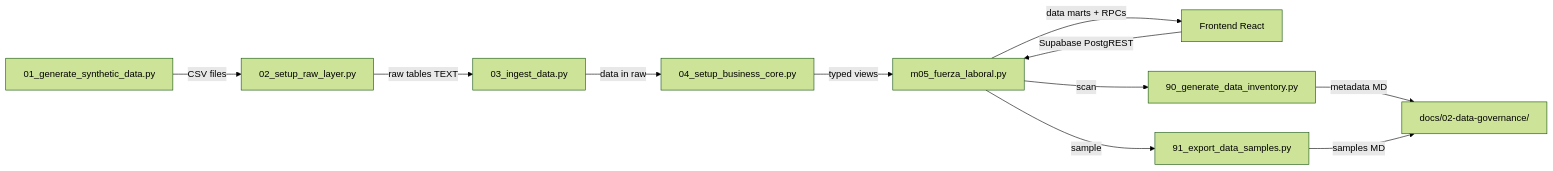
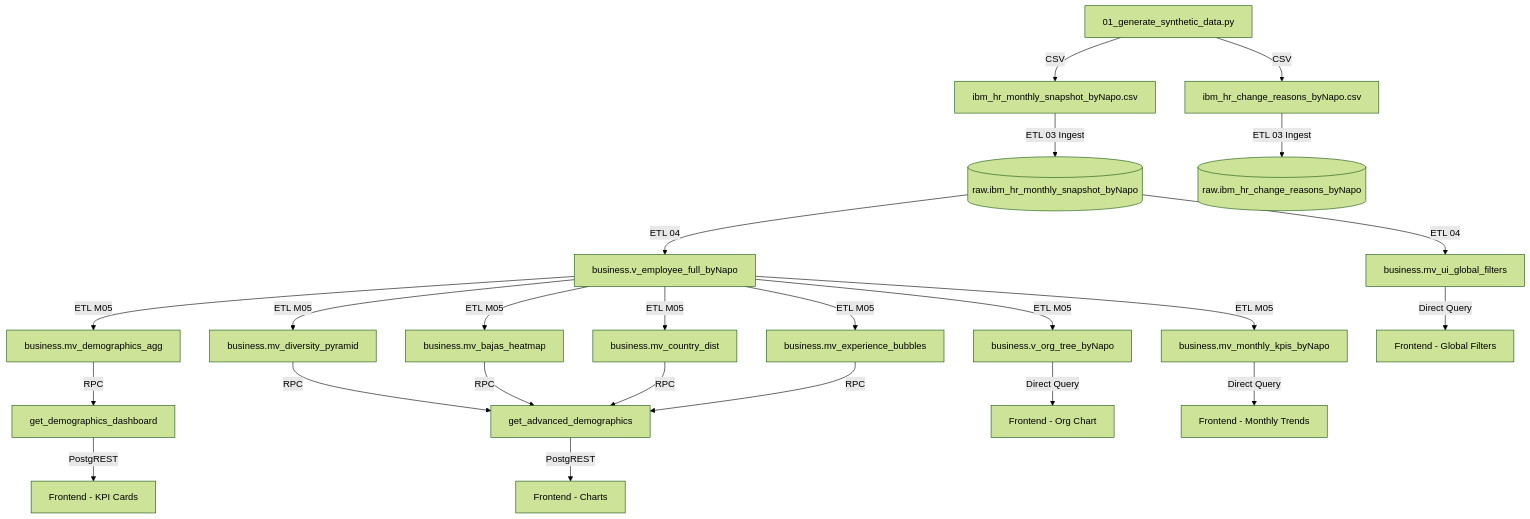
One commit to napoviga/hr-analytics-dashboard changed the first of 2 diagrams in docs/03-ai-generated-content/02_data_dictionary.md. Above: the diagram before and after it, drawn with Mermaid (forest theme). The commit also changed other lines of this file and 8 other files, not shown here.

````diff
--- a/docs/03-ai-generated-content/02_data_dictionary.md
+++ b/docs/03-ai-generated-content/02_data_dictionary.md
@@ -14,13 +11,26 @@
 ```mermaid
-graph LR
-    A[01_generate_synthetic_data.py] -->|CSV files| B[02_setup_raw_layer.py]
-    B -->|raw tables TEXT| C[03_ingest_data.py]
-    C -->|data in raw| D[04_setup_business_core.py]
-    D -->|typed views| E[m05_fuerza_laboral.py]
-    E -->|data marts + RPCs| F[Frontend React]
-    E -->|scan| G[90_generate_data_inventory.py]
-    E -->|sample| H[91_export_data_samples.py]
-    G -->|metadata MD| I[docs/02-data-governance/]
-    H -->|samples MD| I
-    F -->|Supabase PostgREST| E
+graph TD
+    A[01_generate_synthetic_data.py] -->|CSV| B[ibm_hr_monthly_snapshot_byNapo.csv]
+    A -->|CSV| C[ibm_hr_change_reasons_byNapo.csv]
+    B -->|ETL 03 Ingest| D[(raw.ibm_hr_monthly_snapshot_byNapo)]
+    C -->|ETL 03 Ingest| E[(raw.ibm_hr_change_reasons_byNapo)]
+    D -->|ETL 04| F[business.v_employee_full_byNapo]
+    D -->|ETL 04| G[business.mv_ui_global_filters]
+    F -->|ETL M05| H[business.v_org_tree_byNapo]
+    F -->|ETL M05| I[business.mv_monthly_kpis_byNapo]
+    F -->|ETL M05| J[business.mv_demographics_agg]
+    F -->|ETL M05| K[business.mv_diversity_pyramid]
+    F -->|ETL M05| L[business.mv_bajas_heatmap]
+    F -->|ETL M05| M[business.mv_country_dist]
+    F -->|ETL M05| N[business.mv_experience_bubbles]
+    J -->|RPC| O[get_demographics_dashboard]
+    K -->|RPC| P[get_advanced_demographics]
+    L -->|RPC| P
+    M -->|RPC| P
+    N -->|RPC| P
+    O -->|PostgREST| Q[Frontend - KPI Cards]
+    P -->|PostgREST| R[Frontend - Charts]
+    G -->|Direct Query| S[Frontend - Global Filters]
+    H -->|Direct Query| T[Frontend - Org Chart]
+    I -->|Direct Query| U[Frontend - Monthly Trends]
 ```
````
